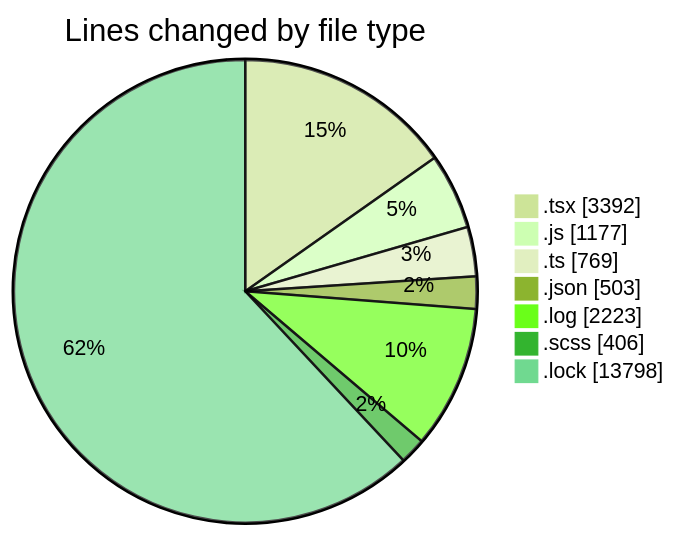
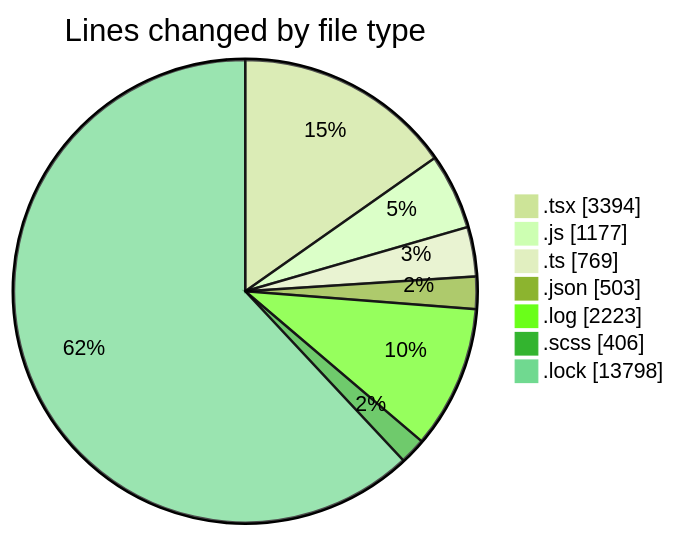
One commit to momahboobian/code-tracking changed the first of 2 diagrams in 2026-04-17/cda/README.md. Above: the diagram before and after it, drawn with Mermaid (forest theme). The commit also changed other lines of this file and 1 other file, not shown here.

````diff
--- a/2026-04-17/cda/README.md
+++ b/2026-04-17/cda/README.md
@@ -54,11 +54,11 @@
 ```mermaid
 pie showData
 title Lines changed by file type
-".tsx" : 3392
+".tsx" : 3394
 ".js" : 1177
 ".ts" : 769
 ".json" : 503
 ".log" : 2223
 ".scss" : 406
 ".lock" : 13798
 ```
````
